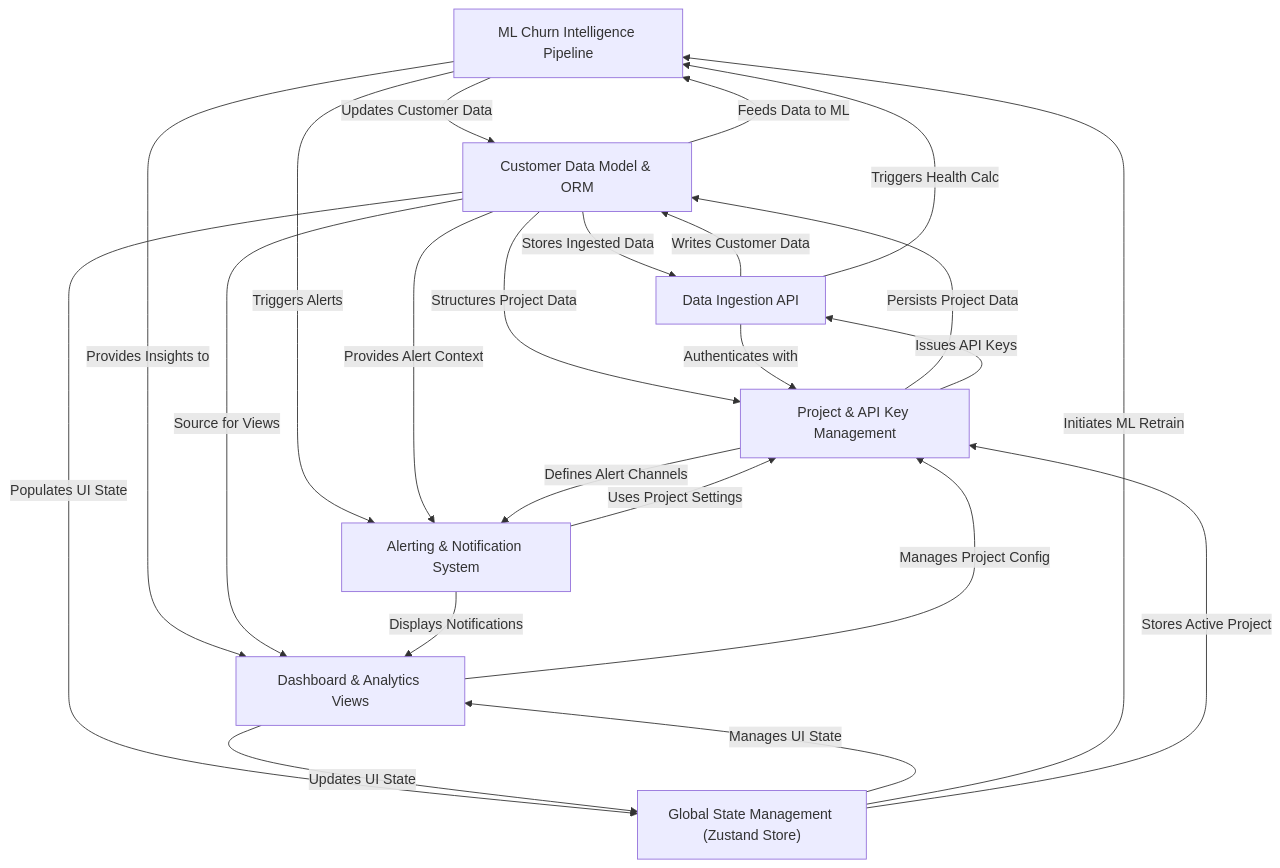
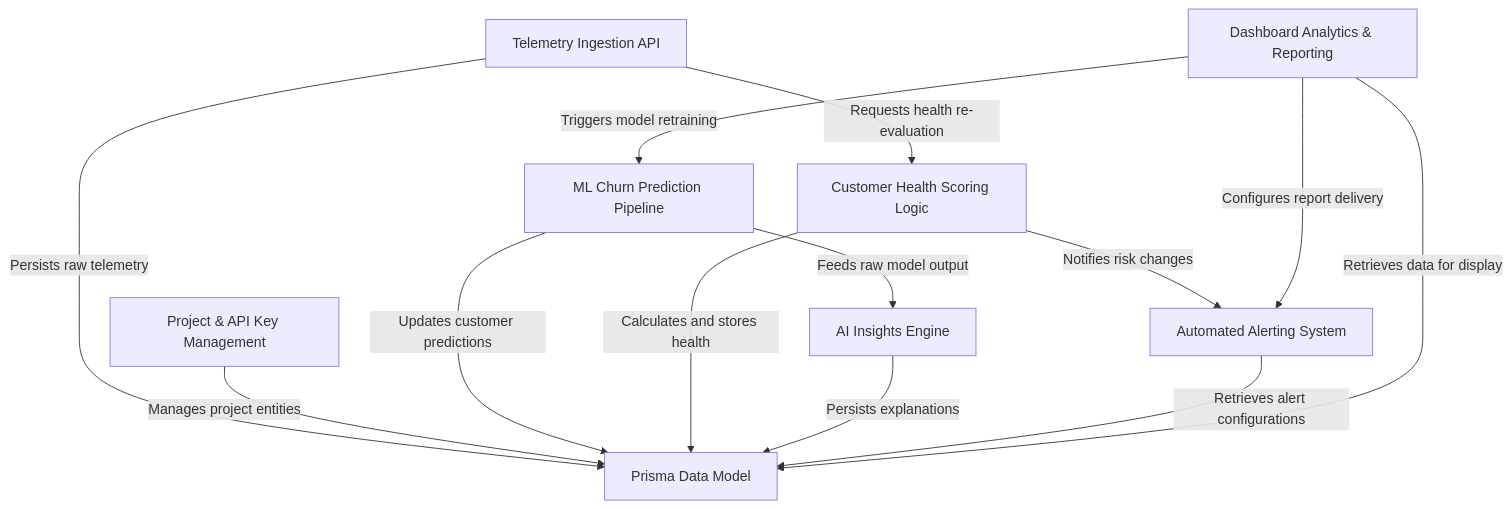
The first of 10 diagrams in README.md (Uvesh-Multani/churnova-ai), drawn with Mermaid before and after one commit. The commit also changed other lines of this file, not shown here.

````diff
--- a/README.md
+++ b/README.md
@@ -10,39 +12,31 @@
 ```mermaid
 flowchart TD
-    A0["ML Churn Intelligence Pipeline
+    A0["Prisma Data Model
 "]
-    A1["Customer Data Model & ORM
+    A1["Telemetry Ingestion API
 "]
-    A2["Data Ingestion API
+    A2["ML Churn Prediction Pipeline
 "]
-    A3["Global State Management (Zustand Store)
+    A3["AI Insights Engine
 "]
-    A4["Alerting & Notification System
+    A4["Customer Health Scoring Logic
 "]
-    A5["Dashboard & Analytics Views
+    A5["Dashboard Analytics & Reporting
 "]
-    A6["Project & API Key Management
+    A6["Automated Alerting System
 "]
-    A0 -- "Updates Customer Data" --> A1
-    A0 -- "Triggers Alerts" --> A4
-    A0 -- "Provides Insights to" --> A5
-    A1 -- "Feeds Data to ML" --> A0
-    A1 -- "Stores Ingested Data" --> A2
-    A1 -- "Populates UI State" --> A3
-    A1 -- "Provides Alert Context" --> A4
-    A1 -- "Source for Views" --> A5
-    A1 -- "Structures Project Data" --> A6
-    A2 -- "Writes Customer Data" --> A1
-    A2 -- "Triggers Health Calc" --> A0
-    A2 -- "Authenticates with" --> A6
-    A3 -- "Manages UI State" --> A5
-    A3 -- "Initiates ML Retrain" --> A0
-    A3 -- "Stores Active Project" --> A6
-    A4 -- "Displays Notifications" --> A5
-    A4 -- "Uses Project Settings" --> A6
-    A5 -- "Updates UI State" --> A3
-    A5 -- "Manages Project Config" --> A6
-    A6 -- "Persists Project Data" --> A1
-    A6 -- "Issues API Keys" --> A2
-    A6 -- "Defines Alert Channels" --> A4
+    A7["Project & API Key Management
+"]
+    A1 -- "Persists raw telemetry" --> A0
+    A7 -- "Manages project entities" --> A0
+    A2 -- "Updates customer predictions" --> A0
+    A4 -- "Calculates and stores health" --> A0
+    A2 -- "Feeds raw model output" --> A3
+    A3 -- "Persists explanations" --> A0
+    A4 -- "Notifies risk changes" --> A6
+    A6 -- "Retrieves alert configurations" --> A0
+    A5 -- "Retrieves data for display" --> A0
+    A5 -- "Triggers model retraining" --> A2
+    A5 -- "Configures report delivery" --> A6
+    A1 -- "Requests health re-evaluation" --> A4
 ```
````
